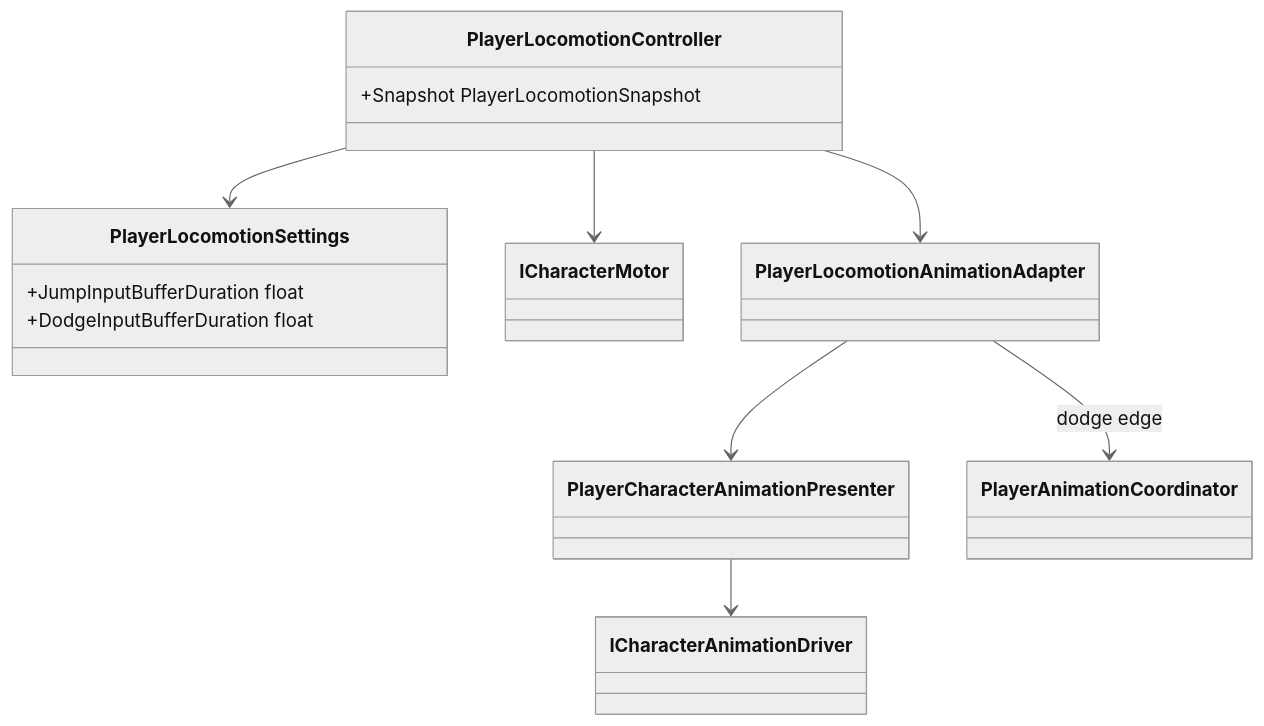
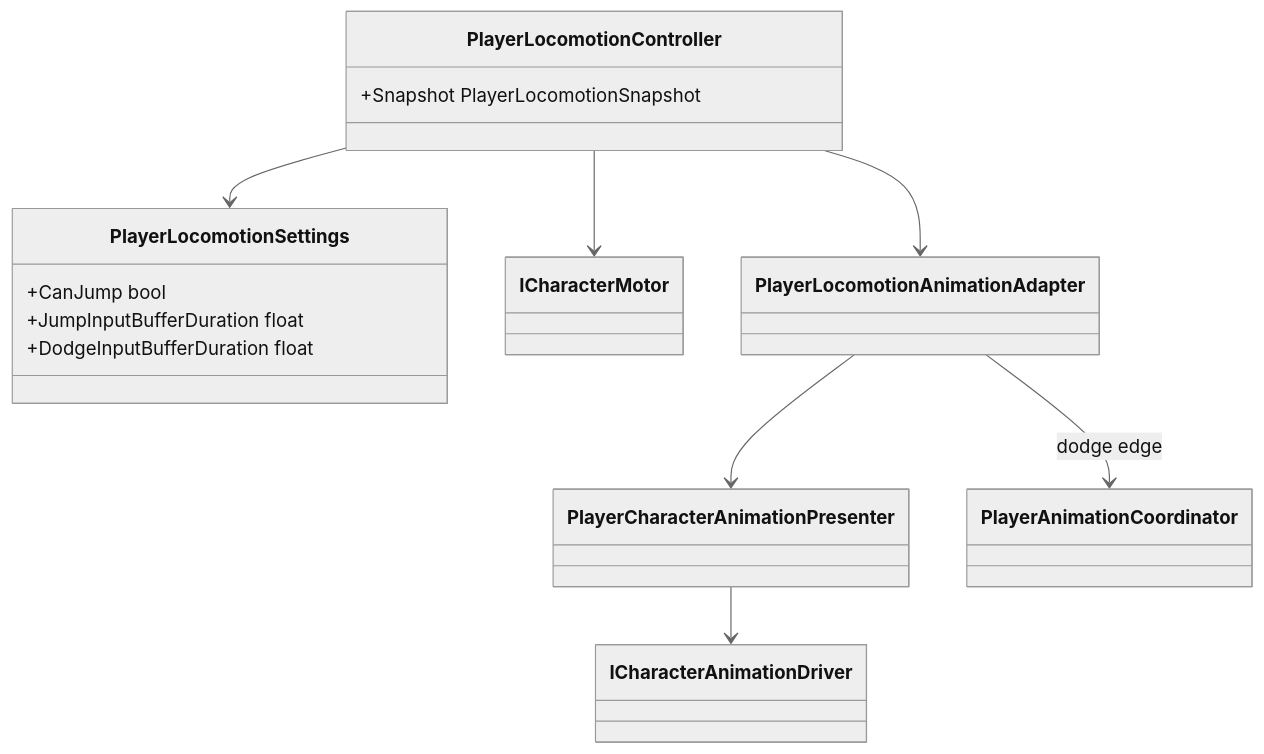
One commit to MaximFonariuc/project-s changed the diagram in Assets/_App/Core/Runtime/Character/Locomotion/README.md. Above: the diagram before and after it, drawn with Mermaid (neutral theme). The commit also changed other lines of this file and 5 other files, not shown here.

````diff
--- a/Assets/_App/Core/Runtime/Character/Locomotion/README.md
+++ b/Assets/_App/Core/Runtime/Character/Locomotion/README.md
@@ -6,22 +6,23 @@
 ```mermaid
 classDiagram
     class PlayerLocomotionController {
         +Snapshot PlayerLocomotionSnapshot
     }
     class PlayerLocomotionSettings {
+        +CanJump bool
         +JumpInputBufferDuration float
         +DodgeInputBufferDuration float
     }
     class ICharacterMotor
     class PlayerLocomotionAnimationAdapter
     class PlayerCharacterAnimationPresenter
     class PlayerAnimationCoordinator
     class ICharacterAnimationDriver
 
     PlayerLocomotionController --> ICharacterMotor
     PlayerLocomotionController --> PlayerLocomotionSettings
     PlayerLocomotionController --> PlayerLocomotionAnimationAdapter
     PlayerLocomotionAnimationAdapter --> PlayerCharacterAnimationPresenter
     PlayerLocomotionAnimationAdapter --> PlayerAnimationCoordinator : dodge edge
     PlayerCharacterAnimationPresenter --> ICharacterAnimationDriver
 ```
````
